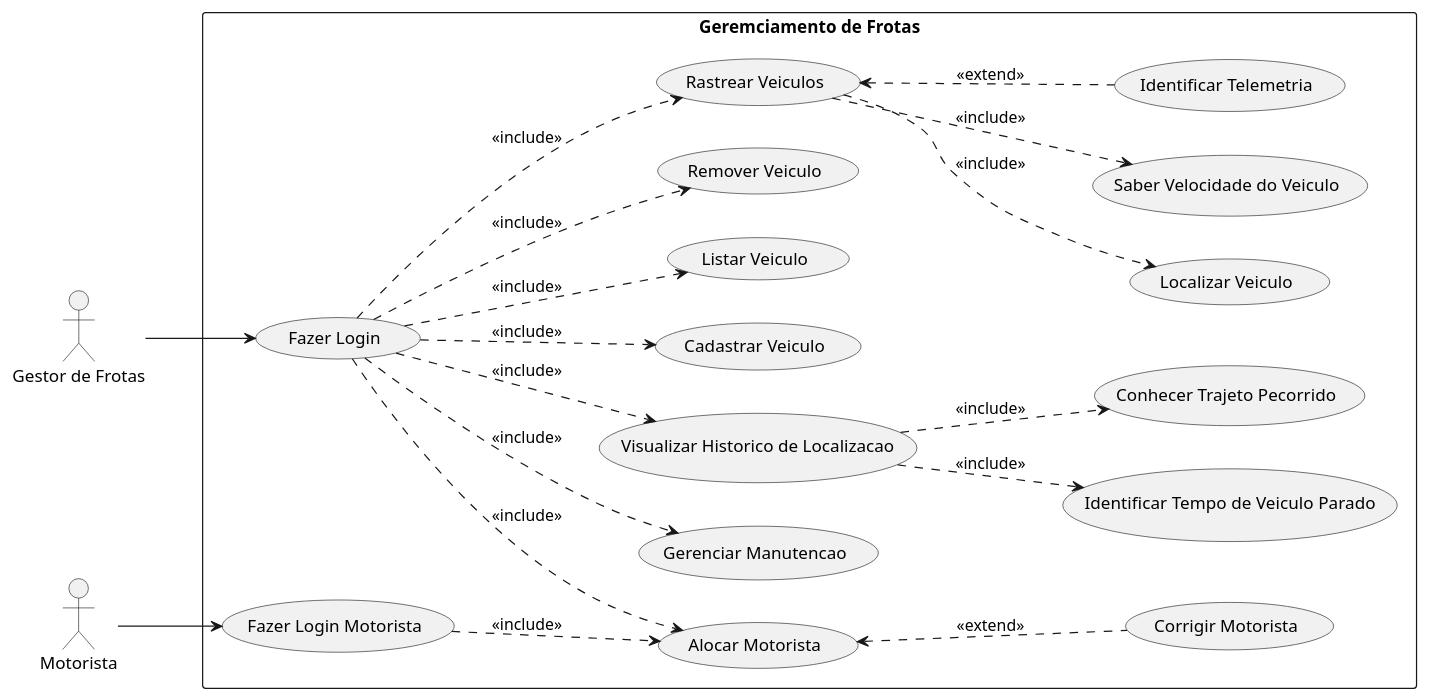
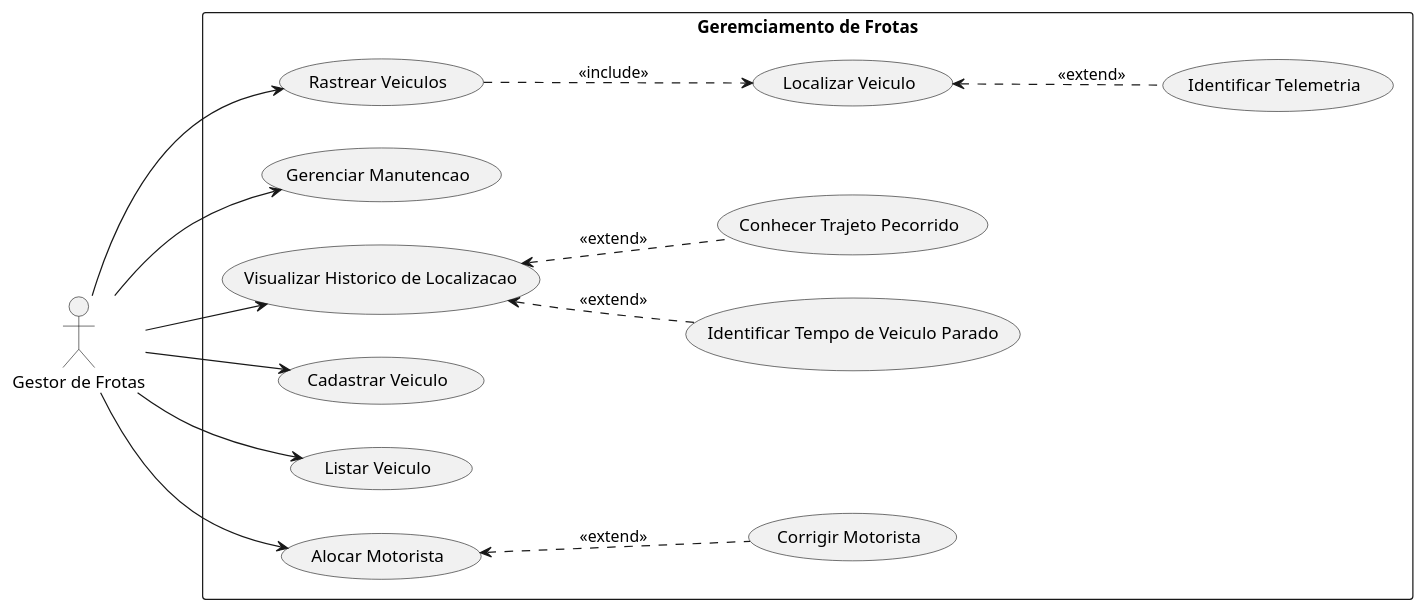
The diagram in Gerenciamento de Frotas/Diagrama.iuml (Pollyanadias/Sistema-de-Gerenciamento-de-Frotas), drawn with PlantUML before and after one commit.

Commit message:
atualizando o diagrama de caso e uso

```diff
--- a/Gerenciamento de Frotas/Diagrama.iuml
+++ b/Gerenciamento de Frotas/Diagrama.iuml
@@ -1,47 +1,35 @@
 @startuml Diagrama
 
 left to right direction
 
 :Gestor de Frotas: as gestor_de_frotas
-:Motorista: as motorista
 
 rectangle "Geremciamento de Frotas"{
-    (Fazer Login) as fazer_login
     (Rastrear Veiculos) as rastrear_veiculos
     (Gerenciar Manutencao) as gerenciar_manutencao
     (Visualizar Historico de Localizacao) as visualizar_historico_de_localizacao
     (Localizar Veiculo) as localizar_veiculo
-    (Saber Velocidade do Veiculo) as saber_velocidade_veiculo
     (Identificar Telemetria) as identificar_telemetria
     (Identificar Tempo de Veiculo Parado) as identificar_tempo_de_veiculo_parado
     (Conhecer Trajeto Pecorrido) as conhecer_trajeto_pecorrido
     (Cadastrar Veiculo) as cadastrar_veiculo
     (Listar Veiculo) as listar_veiculo
-    (Remover Veiculo) as remover_veiculo
-
-    (Fazer Login Motorista) as fazer_login_motorista
     (Alocar Motorista) as alocar_motorista
     (Corrigir Motorista) as corrigir_motorista
 } 
 
-gestor_de_frotas --> fazer_login
+gestor_de_frotas --> rastrear_veiculos
+gestor_de_frotas --> gerenciar_manutencao
+gestor_de_frotas --> visualizar_historico_de_localizacao
+gestor_de_frotas --> alocar_motorista
+gestor_de_frotas --> cadastrar_veiculo
+gestor_de_frotas --> listar_veiculo
 
-fazer_login ..> rastrear_veiculos: <<include>>
-fazer_login ..> gerenciar_manutencao: <<include>>
-fazer_login ..> visualizar_historico_de_localizacao: <<include>>
-fazer_login ..> alocar_motorista: <<include>>
-fazer_login ..> cadastrar_veiculo: <<include>>
-fazer_login ..> listar_veiculo: <<include>>
-fazer_login ..> remover_veiculo: <<include>>
-visualizar_historico_de_localizacao ..> identificar_tempo_de_veiculo_parado: <<include>>
-visualizar_historico_de_localizacao ..> conhecer_trajeto_pecorrido: <<include>>
+visualizar_historico_de_localizacao <.. identificar_tempo_de_veiculo_parado: <<extend>>
+visualizar_historico_de_localizacao <.. conhecer_trajeto_pecorrido: <<extend>>
 rastrear_veiculos ..> localizar_veiculo: <<include>>
-rastrear_veiculos ..> saber_velocidade_veiculo: <<include>>
-rastrear_veiculos <.. identificar_telemetria: <<extend>>
+localizar_veiculo <.. identificar_telemetria: <<extend>>
 
-
-motorista --> fazer_login_motorista
-fazer_login_motorista ..> alocar_motorista: <<include>>
 alocar_motorista <.. corrigir_motorista: <<extend>>
 
 @enduml
```
